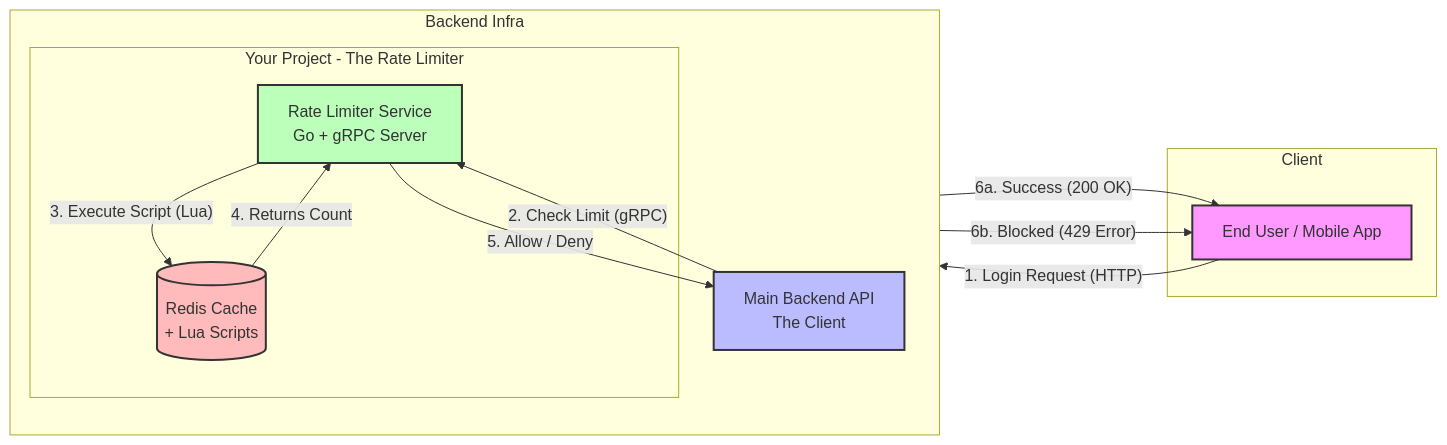
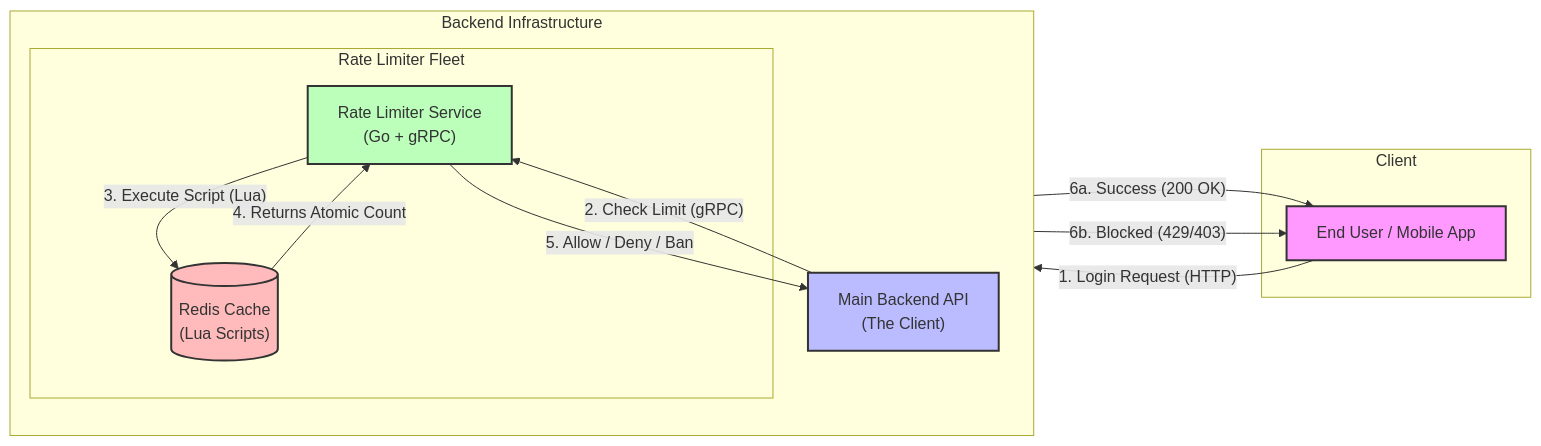
Before and after one commit to MohnishMagesh/rate-limiter-and-abuse-detection: the diagram in README.md, drawn with Mermaid. The commit also changed other lines of this file, not shown here.

````diff
--- a/README.md
+++ b/README.md
@@ -20,34 +11,34 @@
 ```mermaid
 graph LR
     subgraph "Client"
         User["End User / Mobile App"]
     end
 
-    subgraph "Backend Infra"
+    subgraph "Backend Infrastructure"
         direction TB
-        MainAPI["Main Backend API<br/>The Client"]
+        MainAPI["Main Backend API<br/>(The Client)"]
 
-        subgraph "Your Project - The Rate Limiter"
-            RL_Service["Rate Limiter Service<br/>Go + gRPC Server"]
-            Redis[("Redis Cache<br/>+ Lua Scripts")]
+        subgraph "Rate Limiter Fleet"
+            RL_Service["Rate Limiter Service<br/>(Go + gRPC)"]
+            Redis[("Redis Cache<br/>(Lua Scripts)")]
         end
     end
 
     %% Flows
     User -- "1. Login Request (HTTP)" --> MainAPI
     MainAPI -- "2. Check Limit (gRPC)" --> RL_Service
     RL_Service -- "3. Execute Script (Lua)" --> Redis
-    Redis -- "4. Returns Count" --> RL_Service
-    RL_Service -- "5. Allow / Deny" --> MainAPI
+    Redis -- "4. Returns Atomic Count" --> RL_Service
+    RL_Service -- "5. Allow / Deny / Ban" --> MainAPI
 
     %% Decision path
     MainAPI -- "6a. Success (200 OK)" --> User
-    MainAPI -- "6b. Blocked (429 Error)" --> User
+    MainAPI -- "6b. Blocked (429/403)" --> User
 
     %% Styling
     style User fill:#f9f,stroke:#333,stroke-width:2px
     style MainAPI fill:#bbf,stroke:#333,stroke-width:2px
     style RL_Service fill:#bfb,stroke:#333,stroke-width:2px
     style Redis fill:#fbb,stroke:#333,stroke-width:2px
 
 ```
````
